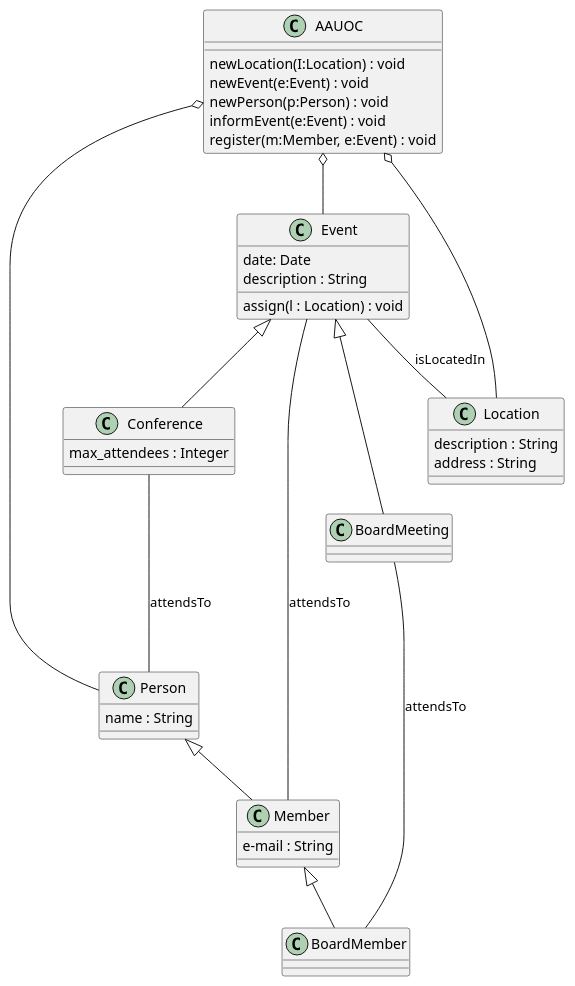
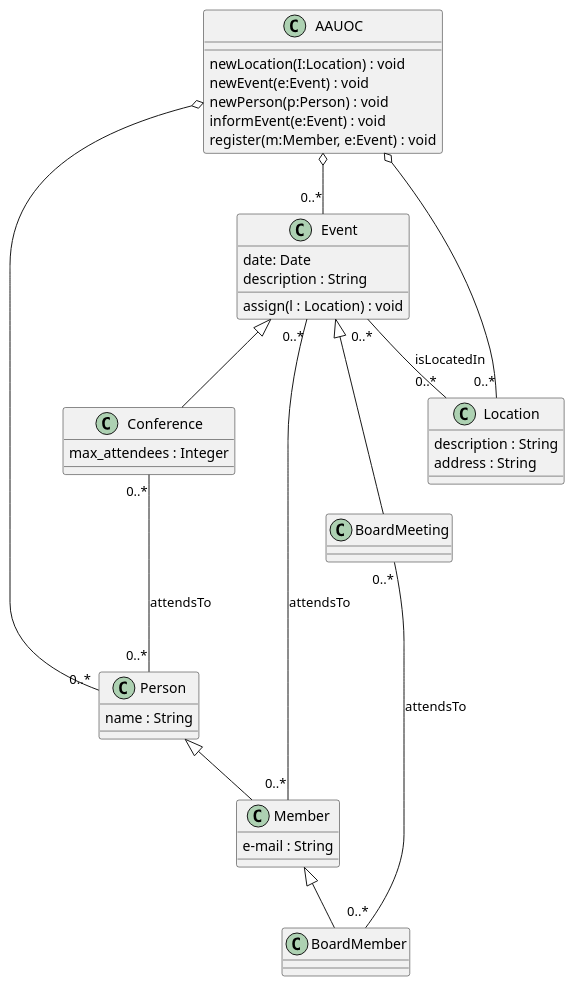
The diagram in src/UMLClases_NuriaSanchez.puml (NuriaSan/UMLClases_NuriaSanchez), drawn with PlantUML before and after one commit.

Commit message:
Inclusion de la cardinalidad y navegabilidad de las relaciones

```diff
--- a/src/UMLClases_NuriaSanchez.puml
+++ b/src/UMLClases_NuriaSanchez.puml
@@ -1,45 +1,45 @@
 @startuml
 Class AAUOC{
 newLocation(I:Location) : void
 newEvent(e:Event) : void
 newPerson(p:Person) : void
 informEvent(e:Event) : void
 register(m:Member, e:Event) : void
 }
 Class Person{
 name : String
 }
 Class Location{
 description : String
 address : String
 }
 Class Event{
 date: Date
 description : String
 assign(l : Location) : void
 }
 Class Member{
 e-mail : String
 }
 Class Conference{
 max_attendees : Integer
 }
 
 Event <|-- Conference
 Event <|-- BoardMeeting
 
-Event -- Location : isLocatedIn
-Event -- Member : attendsTo
+Event"0..*"  -- "0..*" Location : isLocatedIn
+Event"0..*"  -- "0..*" Member : attendsTo
 
 Person <|-- Member
 Member <|-- BoardMember
 
-AAUOC o-- Event
-AAUOC o-- Person
-AAUOC o-- Location
+AAUOC o-- "0..*" Event
+AAUOC o-- "0..*" Person
+AAUOC o-- "0..*" Location
 
-Conference --- Person : attendsTo
+Conference"0..*"  --- "0..*" Person : attendsTo
 
-BoardMeeting --- BoardMember : attendsTo
+BoardMeeting"0..*"  --- "0..*" BoardMember : attendsTo
 
 @enduml
```
